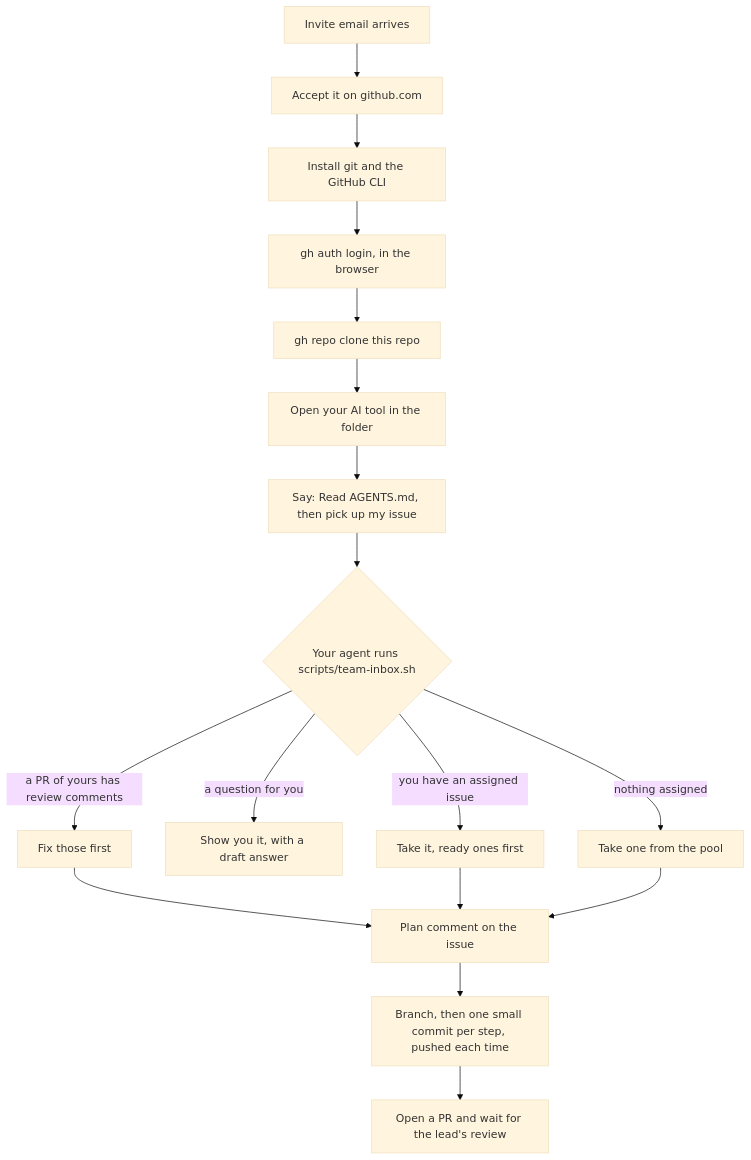
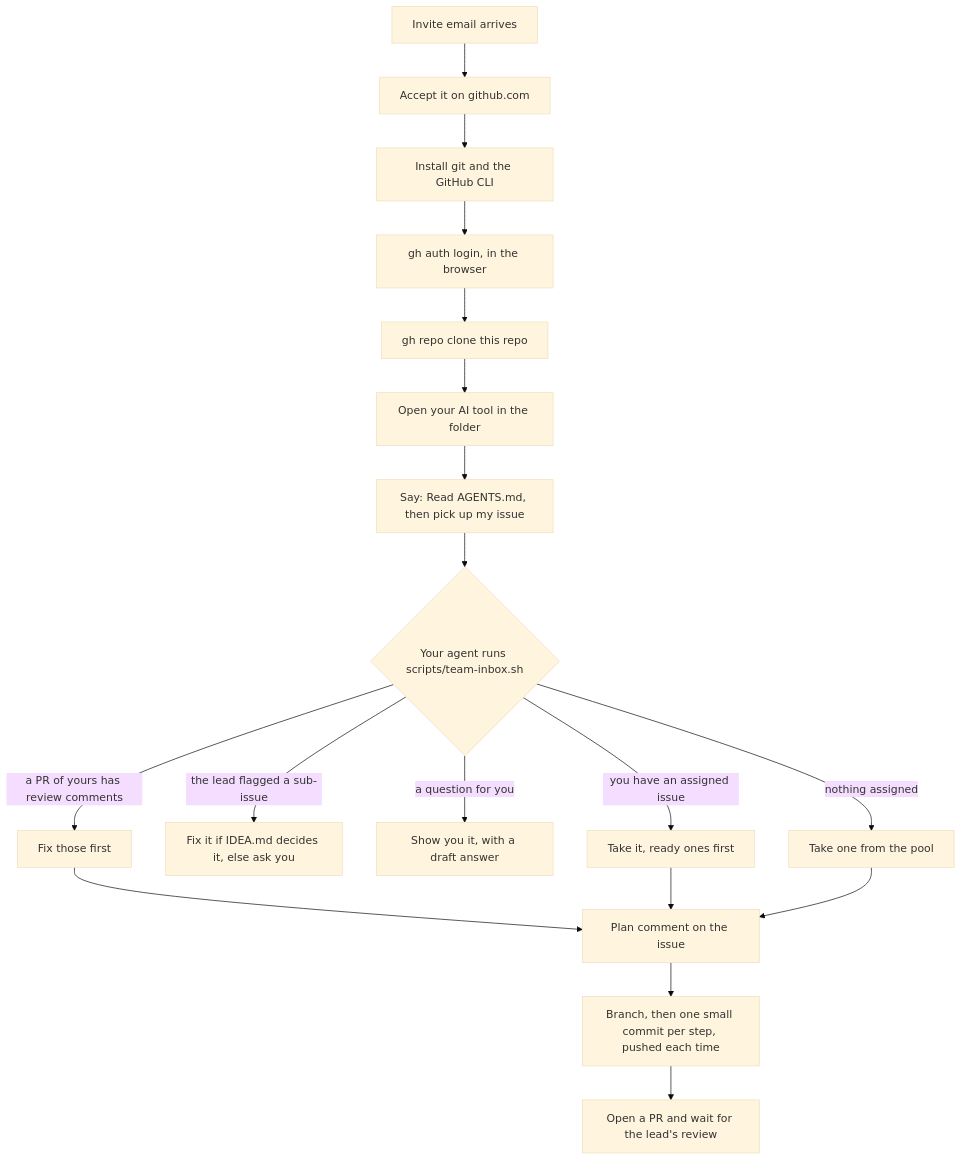
One commit to atiladeokegab/hackathon_teamwork changed the third of 5 diagrams in README.md. Above: the diagram before and after it, drawn with Mermaid (base theme). The commit also changed other lines of this file and 2 other files, not shown here.

````diff
--- a/README.md
+++ b/README.md
@@ -80,19 +80,20 @@
 ```mermaid
 flowchart TB
     A["Invite email arrives"] --> B["Accept it on github.com"]
     B --> C["Install git and the GitHub CLI"]
     C --> D["gh auth login, in the browser"]
     D --> E["gh repo clone this repo"]
     E --> F["Open your AI tool in the folder"]
     F --> G["Say: Read AGENTS.md, then pick up my issue"]
     G --> H{"Your agent runs scripts/team-inbox.sh"}
     H -- "a PR of yours has review comments" --> I["Fix those first"]
+    H -- "the lead flagged a sub-issue" --> FL["Fix it if IDEA.md decides it, else ask you"]
     H -- "a question for you" --> Q["Show you it, with a draft answer"]
     H -- "you have an assigned issue" --> J["Take it, ready ones first"]
     H -- "nothing assigned" --> K["Take one from the pool"]
     I --> L["Plan comment on the issue"]
     J --> L
     K --> L
     L --> M["Branch, then one small commit per step, pushed each time"]
     M --> N["Open a PR and wait for the lead's review"]
 ```
````
